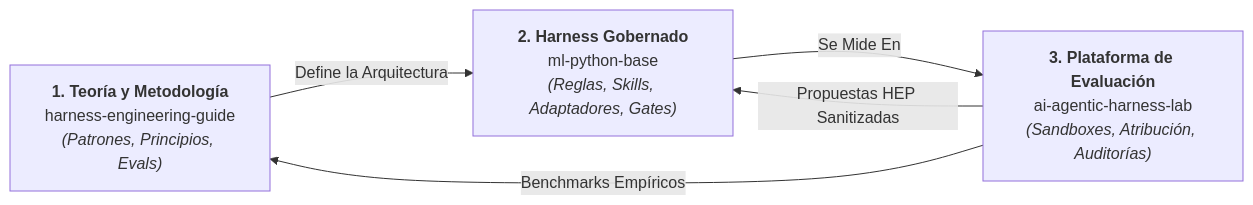
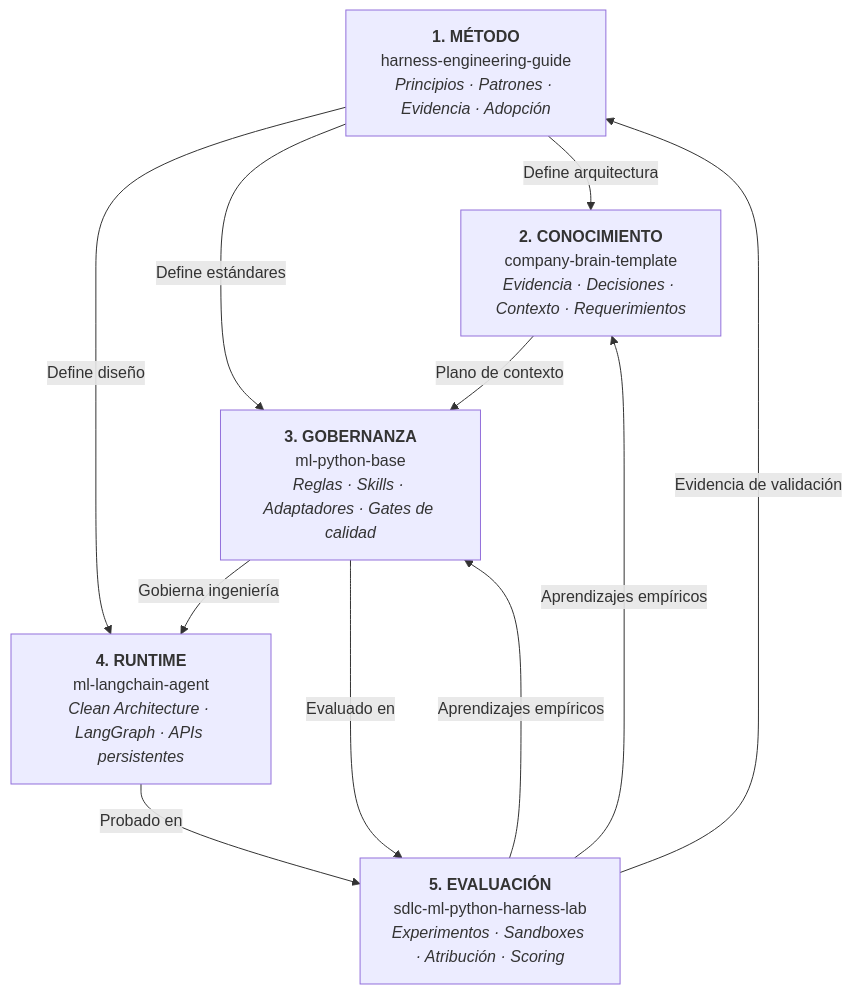
One commit to marcosdh1987/harness-engineering-guide changed the diagram in docs/es/reference-implementation/index.md. Above: the diagram before and after it, drawn with Mermaid. The commit also changed other lines of this file and 120 other files, not shown here.

````diff
--- a/docs/es/reference-implementation/index.md
+++ b/docs/es/reference-implementation/index.md
@@ -7,11 +5,19 @@
 ```mermaid
-flowchart LR
-    GUIDE["<b>1. Teoría y Metodología</b><br/>harness-engineering-guide<br/><i>(Patrones, Principios, Evals)</i>"]
-    MPB["<b>2. Harness Gobernado</b><br/>ml-python-base<br/><i>(Reglas, Skills, Adaptadores, Gates)</i>"]
-    LAB["<b>3. Plataforma de Evaluación</b><br/>ai-agentic-harness-lab<br/><i>(Sandboxes, Atribución, Auditorías)</i>"]
+flowchart TD
+    GUIDE["<b>1. MÉTODO</b><br/>harness-engineering-guide<br/><i>Principios · Patrones · Evidencia · Adopción</i>"]
+    BRAIN["<b>2. CONOCIMIENTO</b><br/>company-brain-template<br/><i>Evidencia · Decisiones · Contexto · Requerimientos</i>"]
+    HARNESS["<b>3. GOBERNANZA</b><br/>ml-python-base<br/><i>Reglas · Skills · Adaptadores · Gates de calidad</i>"]
+    RUNTIME["<b>4. RUNTIME</b><br/>ml-langchain-agent<br/><i>Clean Architecture · LangGraph · APIs persistentes</i>"]
+    LAB["<b>5. EVALUACIÓN</b><br/>sdlc-ml-python-harness-lab<br/><i>Experimentos · Sandboxes · Atribución · Scoring</i>"]
 
-    GUIDE -->|"Define la Arquitectura"| MPB
-    MPB -->|"Se Mide En"| LAB
-    LAB -->|"Propuestas HEP Sanitizadas"| MPB
-    LAB -->|"Benchmarks Empíricos"| GUIDE
+    GUIDE -->|"Define arquitectura"| BRAIN
+    GUIDE -->|"Define estándares"| HARNESS
+    GUIDE -->|"Define diseño"| RUNTIME
+    BRAIN -->|"Plano de contexto"| HARNESS
+    HARNESS -->|"Gobierna ingeniería"| RUNTIME
+    RUNTIME -->|"Probado en"| LAB
+    HARNESS -->|"Evaluado en"| LAB
+    LAB -->|"Aprendizajes empíricos"| HARNESS
+    LAB -->|"Aprendizajes empíricos"| BRAIN
+    LAB -->|"Evidencia de validación"| GUIDE
 ```
````
